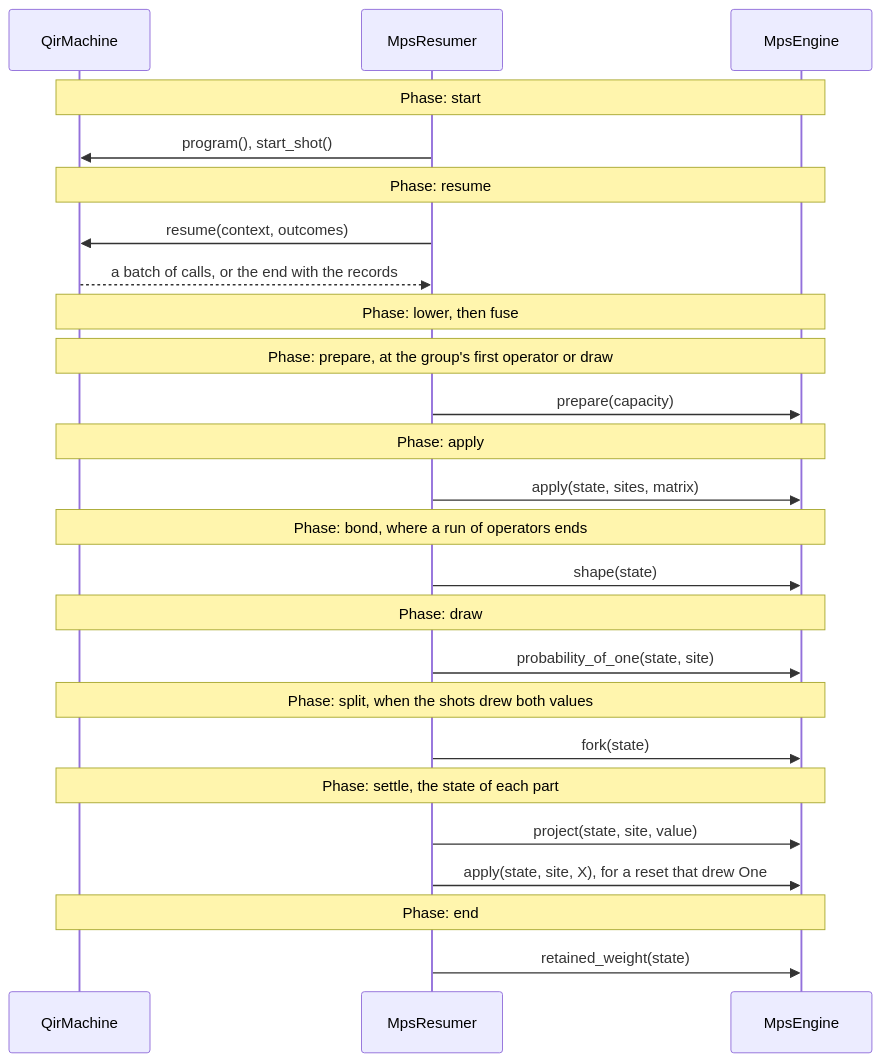
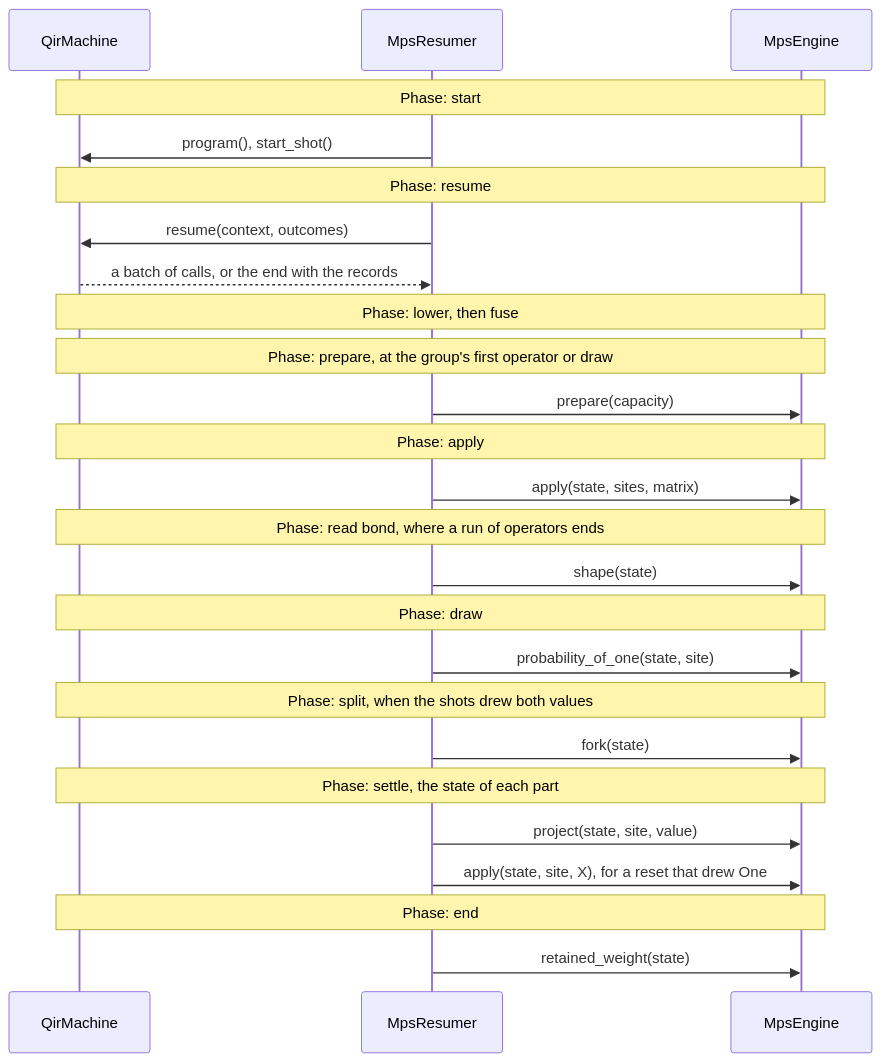
One commit to microsoft/qdk changed the second of 2 diagrams in source/simulators/src/mps_simulator/README.md. Above: the diagram before and after it, drawn with Mermaid. The commit also changed other lines of this file and 1 other file, not shown here.

First line of the commit message:
C3 design (names, §7): the grouped run's phases are its functions

````diff
--- a/source/simulators/src/mps_simulator/README.md
+++ b/source/simulators/src/mps_simulator/README.md
@@ -138,27 +138,27 @@
 ```mermaid
 sequenceDiagram
   participant M as QirMachine
   participant R as MpsResumer
   participant E as MpsEngine
   Note over M,E: Phase: start
   R->>M: program(), start_shot()
   Note over M,E: Phase: resume
   R->>M: resume(context, outcomes)
   M-->>R: a batch of calls, or the end with the records
   Note over M,E: Phase: lower, then fuse
   Note over M,E: Phase: prepare, at the group's first operator or draw
   R->>E: prepare(capacity)
   Note over M,E: Phase: apply
   R->>E: apply(state, sites, matrix)
-  Note over M,E: Phase: bond, where a run of operators ends
+  Note over M,E: Phase: read bond, where a run of operators ends
   R->>E: shape(state)
   Note over M,E: Phase: draw
   R->>E: probability_of_one(state, site)
   Note over M,E: Phase: split, when the shots drew both values
   R->>E: fork(state)
   Note over M,E: Phase: settle, the state of each part
   R->>E: project(state, site, value)
   R->>E: apply(state, site, X), for a reset that drew One
   Note over M,E: Phase: end
   R->>E: retained_weight(state)
 ```
````
